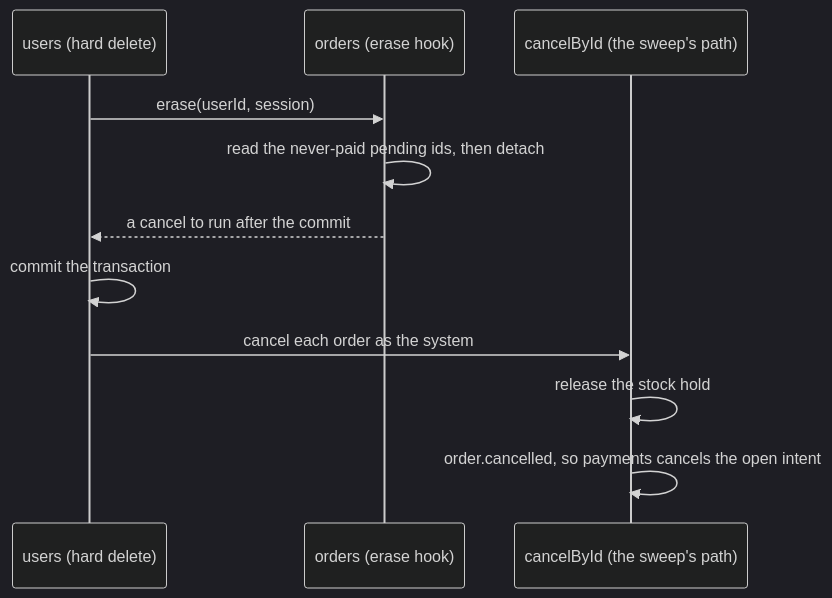
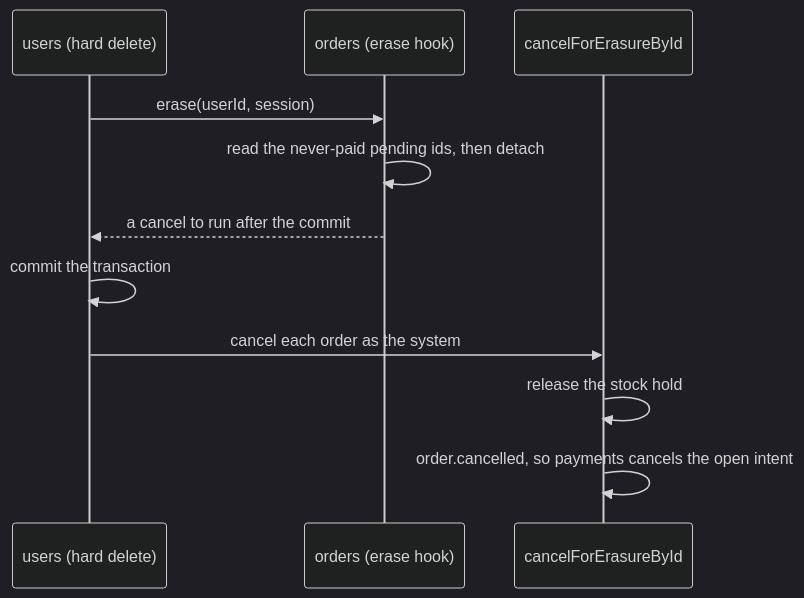
The third of 8 diagrams in docs/modules/orders.md (Guebbit/boilerplate-node-backend), drawn with Mermaid (dark theme) before and after one commit. The commit also changed other lines of this file and 28 other files, not shown here.

````diff
--- a/docs/modules/orders.md
+++ b/docs/modules/orders.md
@@ -142,13 +180,13 @@
 ```mermaid
 sequenceDiagram
     participant U as users (hard delete)
     participant O as orders (erase hook)
-    participant S as cancelById (the sweep's path)
+    participant S as cancelForErasureById
     U->>O: erase(userId, session)
     O->>O: read the never-paid pending ids, then detach
     O-->>U: a cancel to run after the commit
     U->>U: commit the transaction
     U->>S: cancel each order as the system
     S->>S: release the stock hold
     S->>S: order.cancelled, so payments cancels the open intent
 ```
````
